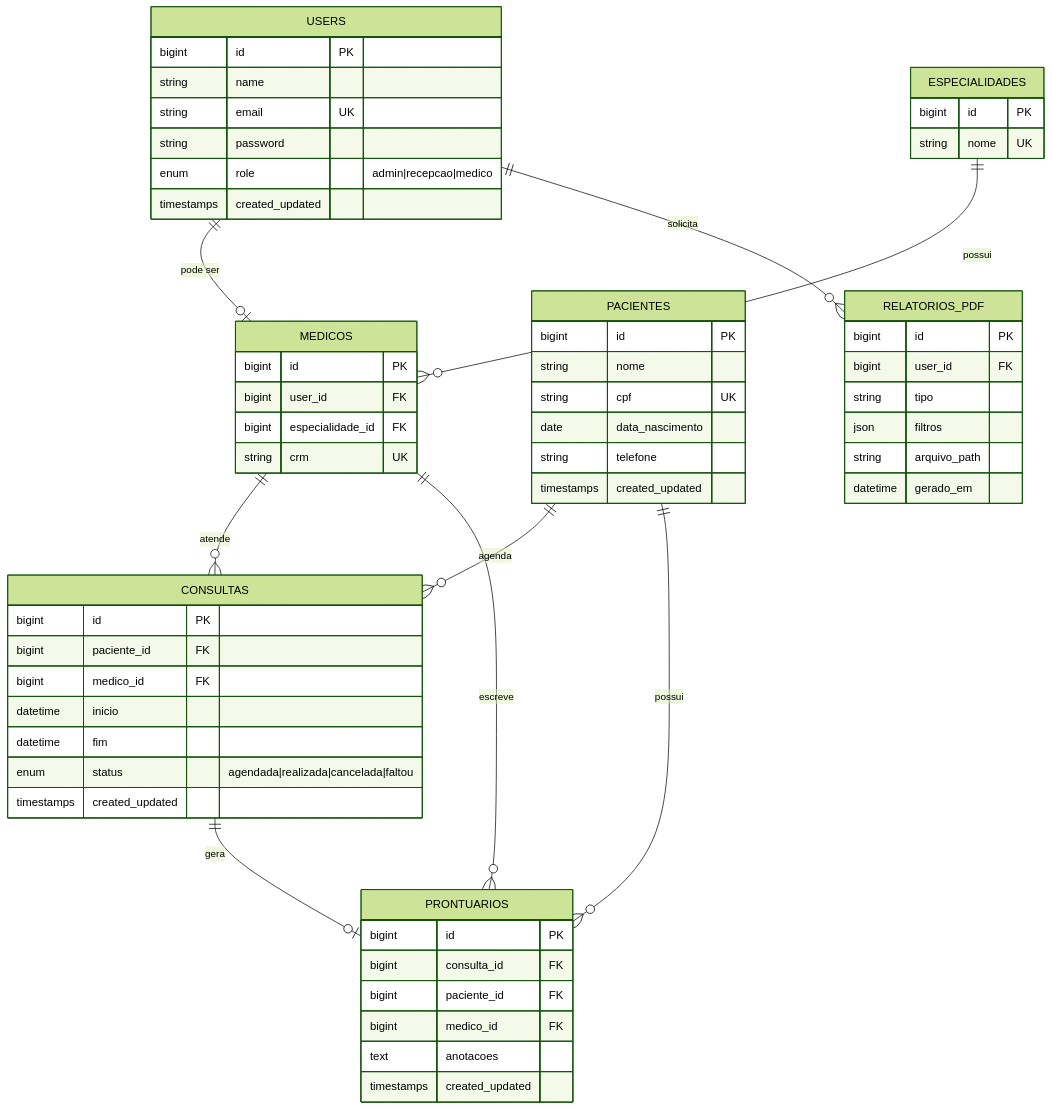
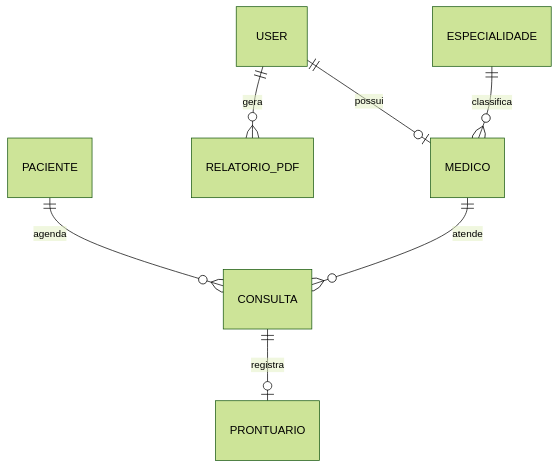
The diagram in README.md (Firmino03/CliniGo), drawn with Mermaid (forest theme) before and after one commit. The commit also changed other lines of this file, not shown here.

First line of the commit message:
Revise README with project details and architecture

````diff
--- a/README.md
+++ b/README.md
@@ -242,63 +52,9 @@
 ```mermaid
 erDiagram
-    USERS ||--o| MEDICOS : "pode ser"
-    ESPECIALIDADES ||--o{ MEDICOS : "possui"
-    PACIENTES ||--o{ CONSULTAS : "agenda"
-    MEDICOS ||--o{ CONSULTAS : "atende"
-    CONSULTAS ||--o| PRONTUARIOS : "gera"
-    MEDICOS ||--o{ PRONTUARIOS : "escreve"
-    PACIENTES ||--o{ PRONTUARIOS : "possui"
-    USERS ||--o{ RELATORIOS_PDF : "solicita"
-
-    USERS {
-        bigint id PK
-        string name
-        string email UK
-        string password
-        enum role "admin|recepcao|medico"
-        timestamps created_updated
-    }
-    ESPECIALIDADES {
-        bigint id PK
-        string nome UK
-    }
-    MEDICOS {
-        bigint id PK
-        bigint user_id FK
-        bigint especialidade_id FK
-        string crm UK
-    }
-    PACIENTES {
-        bigint id PK
-        string nome
-        string cpf UK
-        date data_nascimento
-        string telefone
-        timestamps created_updated
-    }
-    CONSULTAS {
-        bigint id PK
-        bigint paciente_id FK
-        bigint medico_id FK
-        datetime inicio
-        datetime fim
-        enum status "agendada|realizada|cancelada|faltou"
-        timestamps created_updated
-    }
-    PRONTUARIOS {
-        bigint id PK
-        bigint consulta_id FK
-        bigint paciente_id FK
-        bigint medico_id FK
-        text anotacoes
-        timestamps created_updated
-    }
-    RELATORIOS_PDF {
-        bigint id PK
-        bigint user_id FK
-        string tipo
-        json filtros
-        string arquivo_path
-        datetime gerado_em
-    }
+    USER ||--o| MEDICO : "possui"
+    USER ||--o{ RELATORIO_PDF : "gera"
+    ESPECIALIDADE ||--o{ MEDICO : "classifica"
+    PACIENTE ||--o{ CONSULTA : "agenda"
+    MEDICO ||--o{ CONSULTA : "atende"
+    CONSULTA ||--o| PRONTUARIO : "registra"
 ```
````
